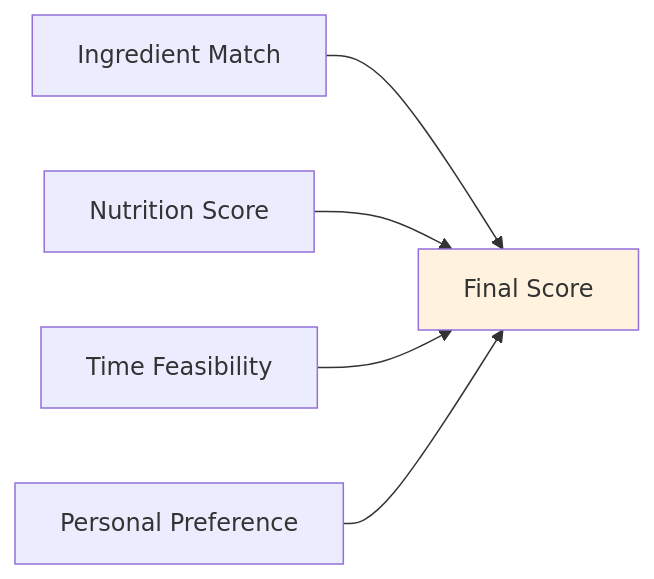
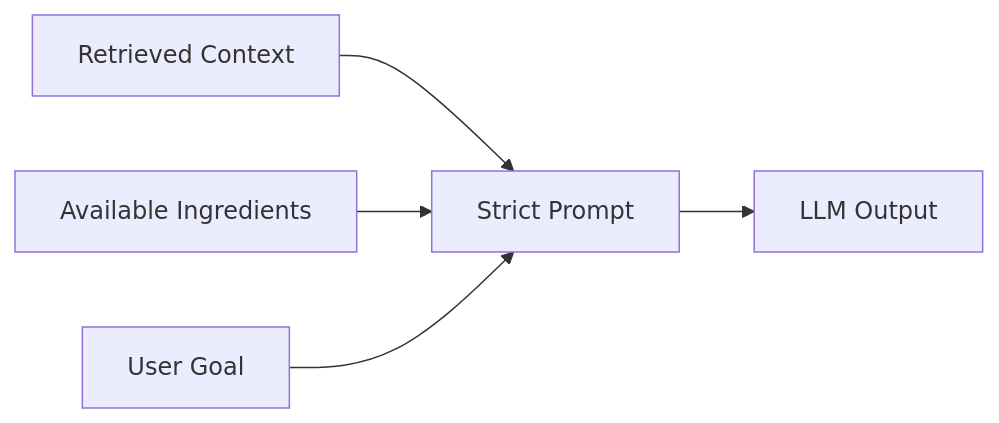
One commit to Riyans13h/NutriChefAI. changed the fifth of 5 diagrams in README.md. Above: the diagram before and after it, drawn with Mermaid. The commit also changed other lines of this file, not shown here.

````diff
--- a/README.md
+++ b/README.md
@@ -341,9 +197,7 @@
 ```mermaid
 graph LR
-    A[Ingredient Match] --> E[Final Score]
-    B[Nutrition Score] --> E
-    C[Time Feasibility] --> E
-    D[Personal Preference] --> E
-    
-    style E fill:#fff3e0
+    D[Retrieved Context] --> P[Strict Prompt]
+    U[Available Ingredients] --> P
+    G[User Goal] --> P
+    P --> L[LLM Output]
 ```
````
